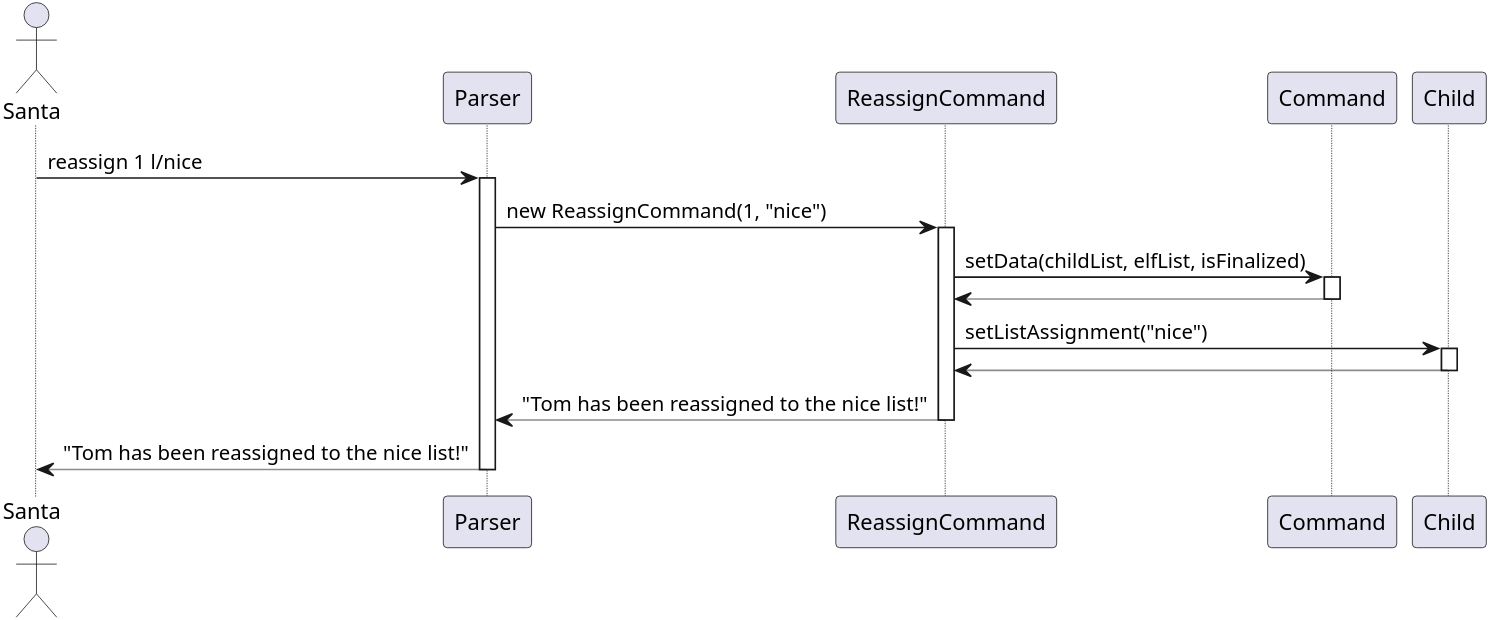
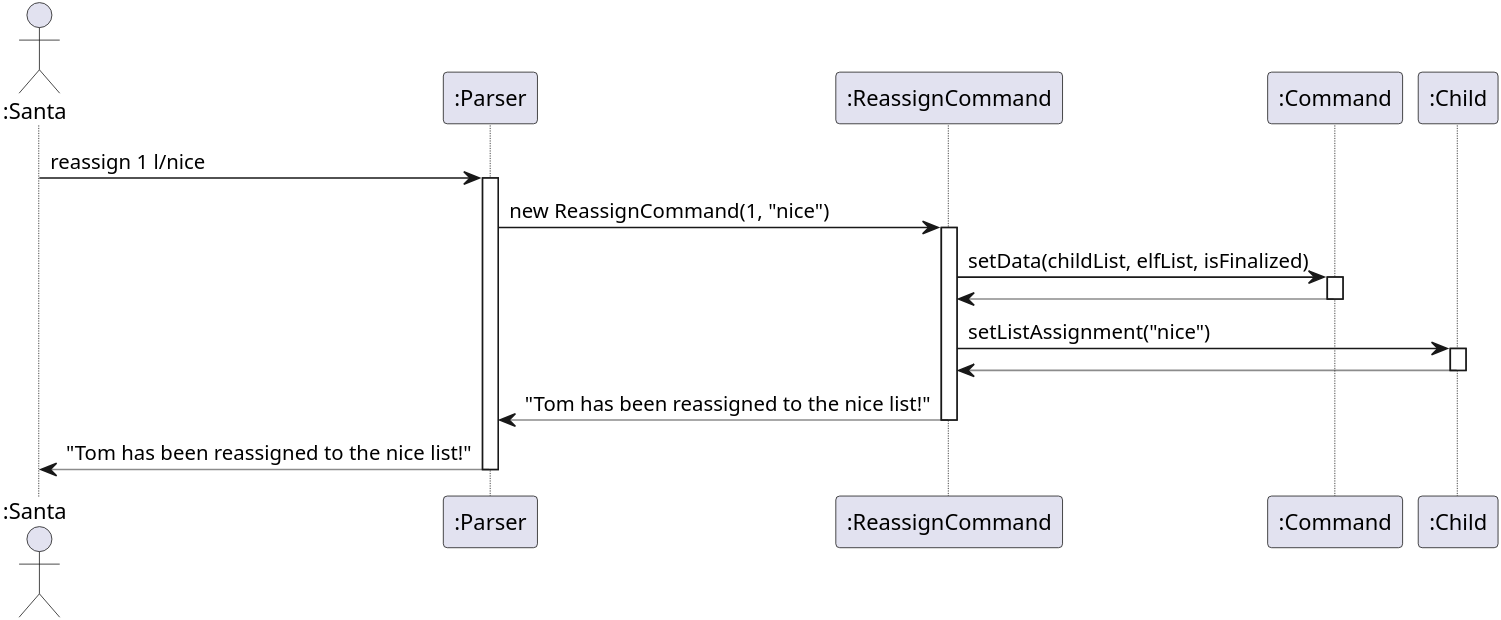
One commit to shrabasti-c/tp changed the diagram in docs/diagrams/ReassignSequenceDiagram.puml. Above: the diagram before and after it, drawn with PlantUML. The commit also changed 9 other files, not shown here.

Commit message:
Fix DG diagrams

```diff
--- a/docs/diagrams/ReassignSequenceDiagram.puml
+++ b/docs/diagrams/ReassignSequenceDiagram.puml
@@ -1,25 +1,31 @@
 @startuml
 skinparam dpi 600
-Actor Santa
+
+actor ":Santa" as Santa
+participant ":Parser" as Parser
+participant ":ReassignCommand" as ReassignCommand
+participant ":Command" as Command
+participant ":Child" as Child
+
 Santa -> Parser : reassign 1 l/nice
 activate Parser
 
 Parser -> ReassignCommand : new ReassignCommand(1, "nice")
 activate ReassignCommand
 
 ReassignCommand -> Command : setData(childList, elfList, isFinalized)
 activate Command
 Command --> ReassignCommand
 deactivate Command
 
 ReassignCommand -> Child : setListAssignment("nice")
 activate Child
 Child --> ReassignCommand
 deactivate Child
 
 ReassignCommand --> Parser : "Tom has been reassigned to the nice list!"
 deactivate ReassignCommand
 
 Parser --> Santa : "Tom has been reassigned to the nice list!"
 deactivate Parser
 @enduml
```
